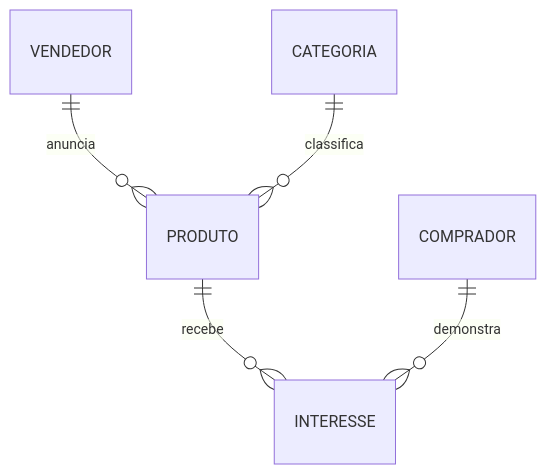
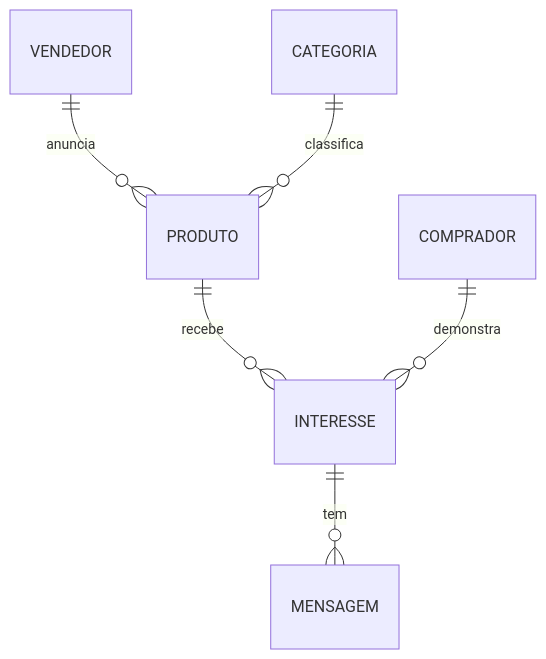
Before and after one commit to MouzinhoA/pixie-pdm: the diagram in docs/documentacao.md, drawn with Mermaid. The commit also changed other lines of this file and 1 other file, not shown here.

````diff
--- a/docs/documentacao.md
+++ b/docs/documentacao.md
@@ -18,7 +18,8 @@
 ```mermaid
 erDiagram
     VENDEDOR ||--o{ PRODUTO : "anuncia"
     CATEGORIA ||--o{ PRODUTO : "classifica"
     PRODUTO ||--o{ INTERESSE : "recebe"
     COMPRADOR ||--o{ INTERESSE : "demonstra"
+    INTERESSE ||--o{ MENSAGEM : "tem"
 ```
````
